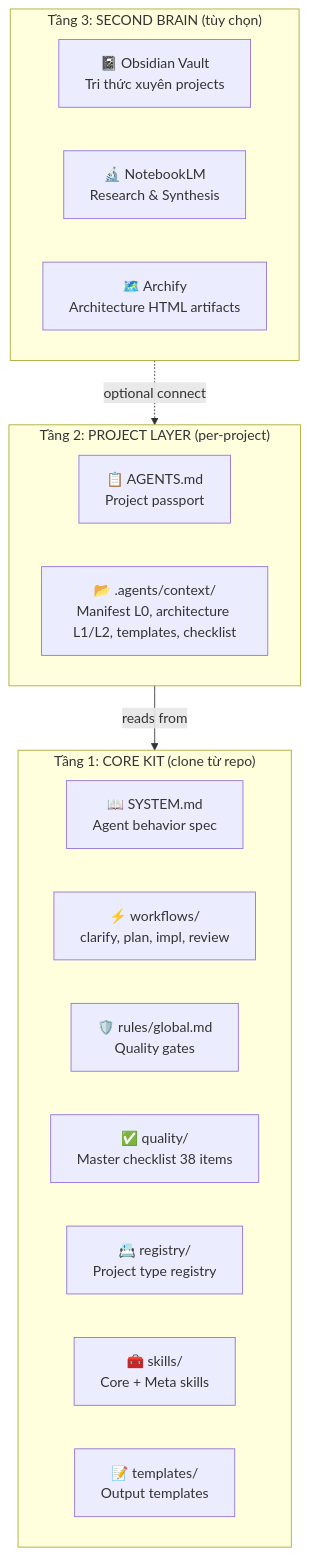
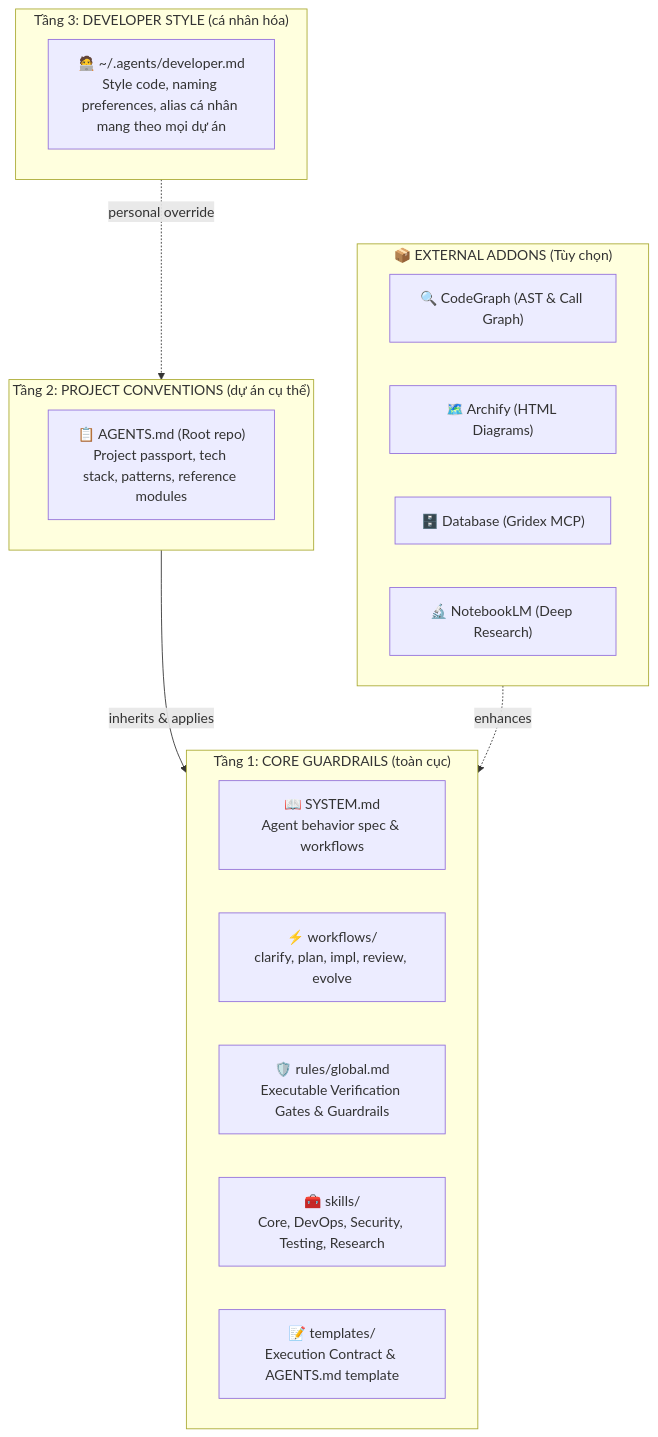
The first of 4 diagrams in HowItWorks.md (Sonleeee/Agent-Dev-Kit), drawn with Mermaid before and after one commit. The commit also changed other lines of this file and 8 other files, not shown here.

````diff
--- a/HowItWorks.md
+++ b/HowItWorks.md
@@ -5,26 +5,29 @@
 ```mermaid
 graph TB
-    subgraph L3["Tầng 3: SECOND BRAIN (tùy chọn)"]
-        OBS["📓 Obsidian Vault<br/>Tri thức xuyên projects"]
-        NLM["🔬 NotebookLM<br/>Research & Synthesis"]
-        GRA["🗺️ Archify<br/>Architecture HTML artifacts"]
+    subgraph L3["Tầng 3: DEVELOPER STYLE (cá nhân hóa)"]
+        DEV["🧑‍💻 ~/.agents/developer.md<br/>Style code, naming preferences, alias cá nhân mang theo mọi dự án"]
     end
 
-    subgraph L2["Tầng 2: PROJECT LAYER (per-project)"]
-        AGT["📋 AGENTS.md<br/>Project passport"]
-        CTX["📂 .agents/context/<br/>Manifest L0, architecture L1/L2, templates, checklist"]
+    subgraph L2["Tầng 2: PROJECT CONVENTIONS (dự án cụ thể)"]
+        AGT["📋 AGENTS.md (Root repo)<br/>Project passport, tech stack, patterns, reference modules"]
     end
 
-    subgraph L1["Tầng 1: CORE KIT (clone từ repo)"]
-        SYS["📖 SYSTEM.md<br/>Agent behavior spec"]
-        WF["⚡ workflows/<br/>clarify, plan, impl, review"]
-        RL["🛡️ rules/global.md<br/>Quality gates"]
-        QA["✅ quality/<br/>Master checklist 38 items"]
-        REG["📇 registry/<br/>Project type registry"]
-        SK["🧰 skills/<br/>Core + Meta skills"]
-        TPL["📝 templates/<br/>Output templates"]
+    subgraph L1["Tầng 1: CORE GUARDRAILS (toàn cục)"]
+        SYS["📖 SYSTEM.md<br/>Agent behavior spec & workflows"]
+        WF["⚡ workflows/<br/>clarify, plan, impl, review, evolve"]
+        RL["🛡️ rules/global.md<br/>Executable Verification Gates & Guardrails"]
+        SK["🧰 skills/<br/>Core, DevOps, Security, Testing, Research"]
+        TPL["📝 templates/<br/>Execution Contract & AGENTS.md template"]
     end
 
-    L3 -.->|optional connect| L2
-    L2 -->|reads from| L1
+    subgraph EXT["📦 EXTERNAL ADDONS (Tùy chọn)"]
+        CG["🔍 CodeGraph (AST & Call Graph)"]
+        ARC["🗺️ Archify (HTML Diagrams)"]
+        DB["🗄️ Database (Gridex MCP)"]
+        NLM["🔬 NotebookLM (Deep Research)"]
+    end
+
+    L3 -.->|personal override| L2
+    L2 -->|inherits & applies| L1
+    EXT -.->|enhances| L1
 ```
````
